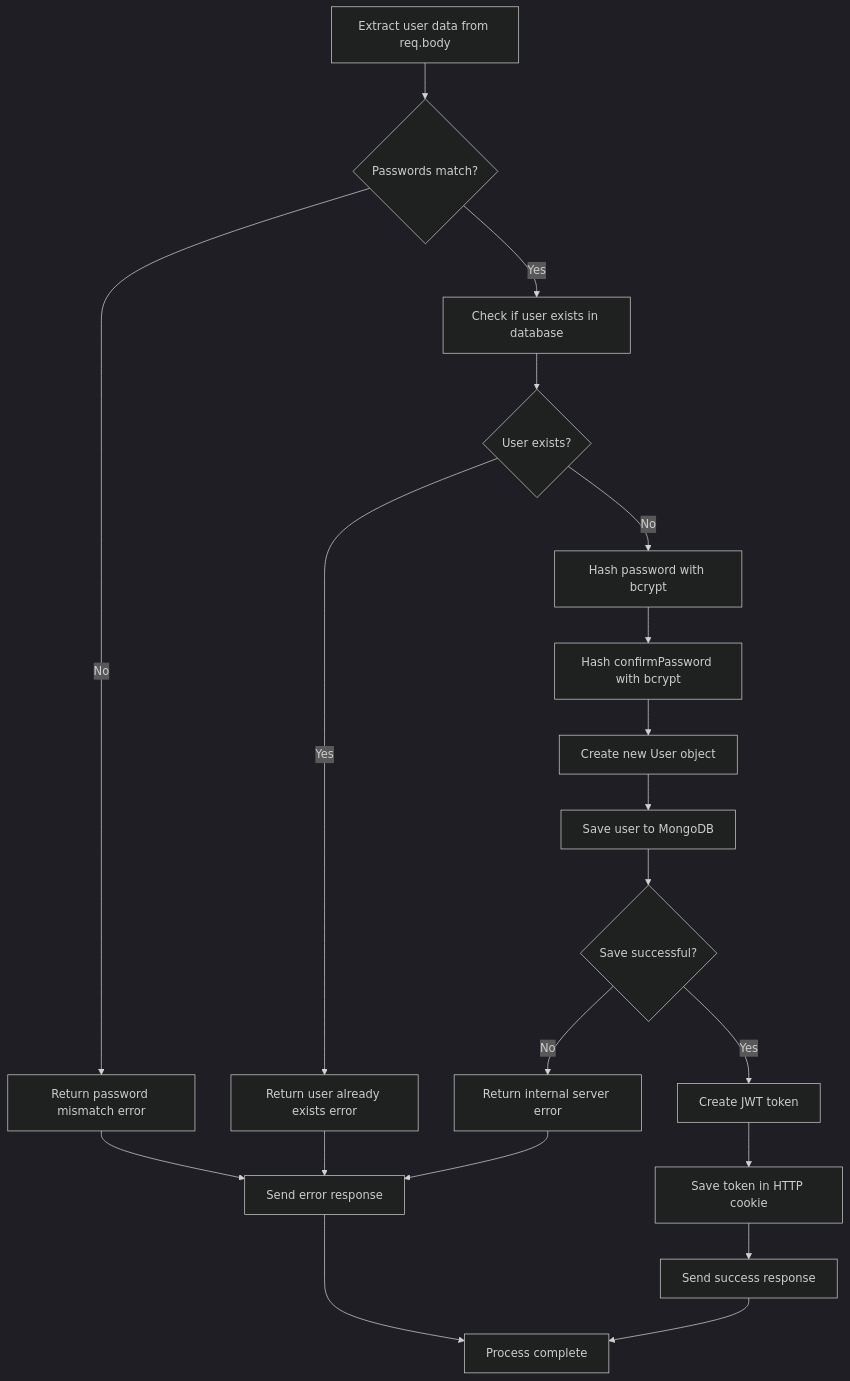
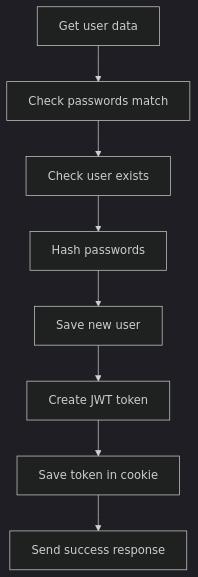
One commit to thehiten/node-js-code changed the second of 11 diagrams in README.md. Above: the diagram before and after it, drawn with Mermaid (dark theme). The commit also changed other lines of this file, not shown here.

````diff
--- a/README.md
+++ b/README.md
@@ -103,22 +103,10 @@
 ```mermaid
 graph TD
-    A[Extract user data from req.body] --> B{Passwords match?}
-    B -->|No| C[Return password mismatch error]
-    B -->|Yes| D[Check if user exists in database]
-    D --> E{User exists?}
-    E -->|Yes| F[Return user already exists error]
-    E -->|No| G[Hash password with bcrypt]
-    G --> H[Hash confirmPassword with bcrypt]
-    H --> I[Create new User object]
-    I --> J[Save user to MongoDB]
-    J --> K{Save successful?}
-    K -->|No| L[Return internal server error]
-    K -->|Yes| M[Create JWT token]
-    M --> N[Save token in HTTP cookie]
-    N --> O[Send success response]
-    C --> P[Send error response]
-    F --> P
-    L --> P
-    O --> Q[Process complete]
-    P --> Q
+    A[Get user data] --> B[Check passwords match]
+    B --> C[Check user exists]
+    C --> D[Hash passwords]
+    D --> E[Save new user]
+    E --> F[Create JWT token]
+    F --> G[Save token in cookie]
+    G --> H[Send success response]
 ```
````
